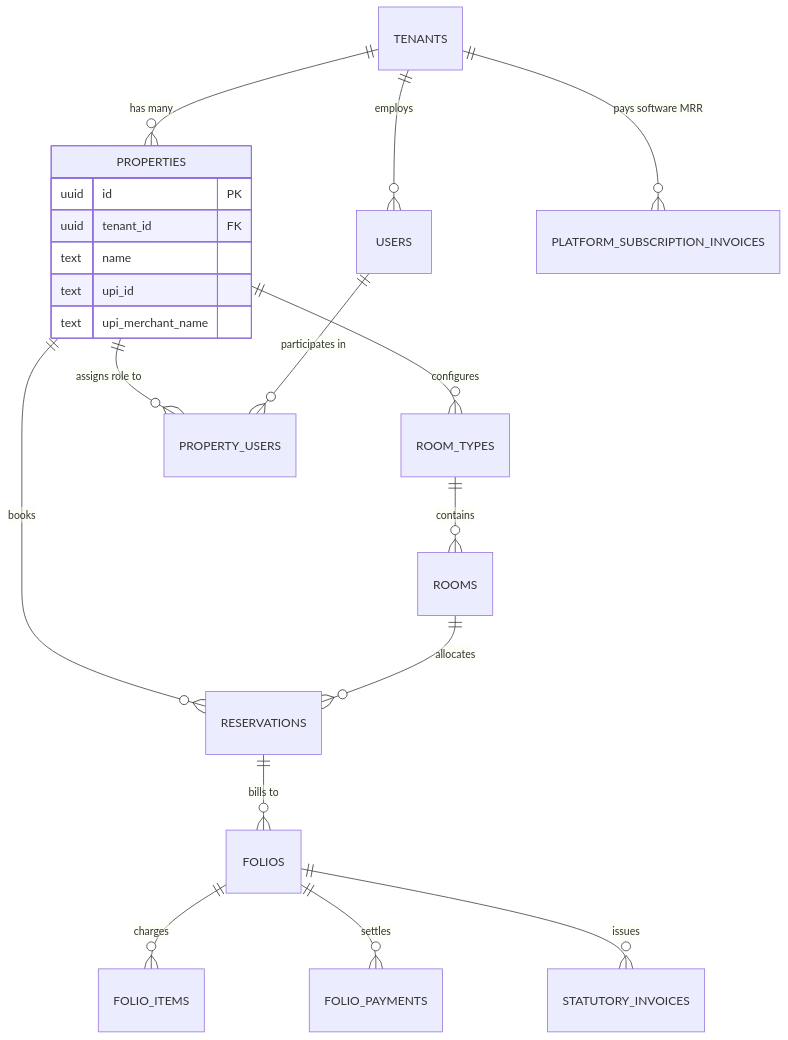
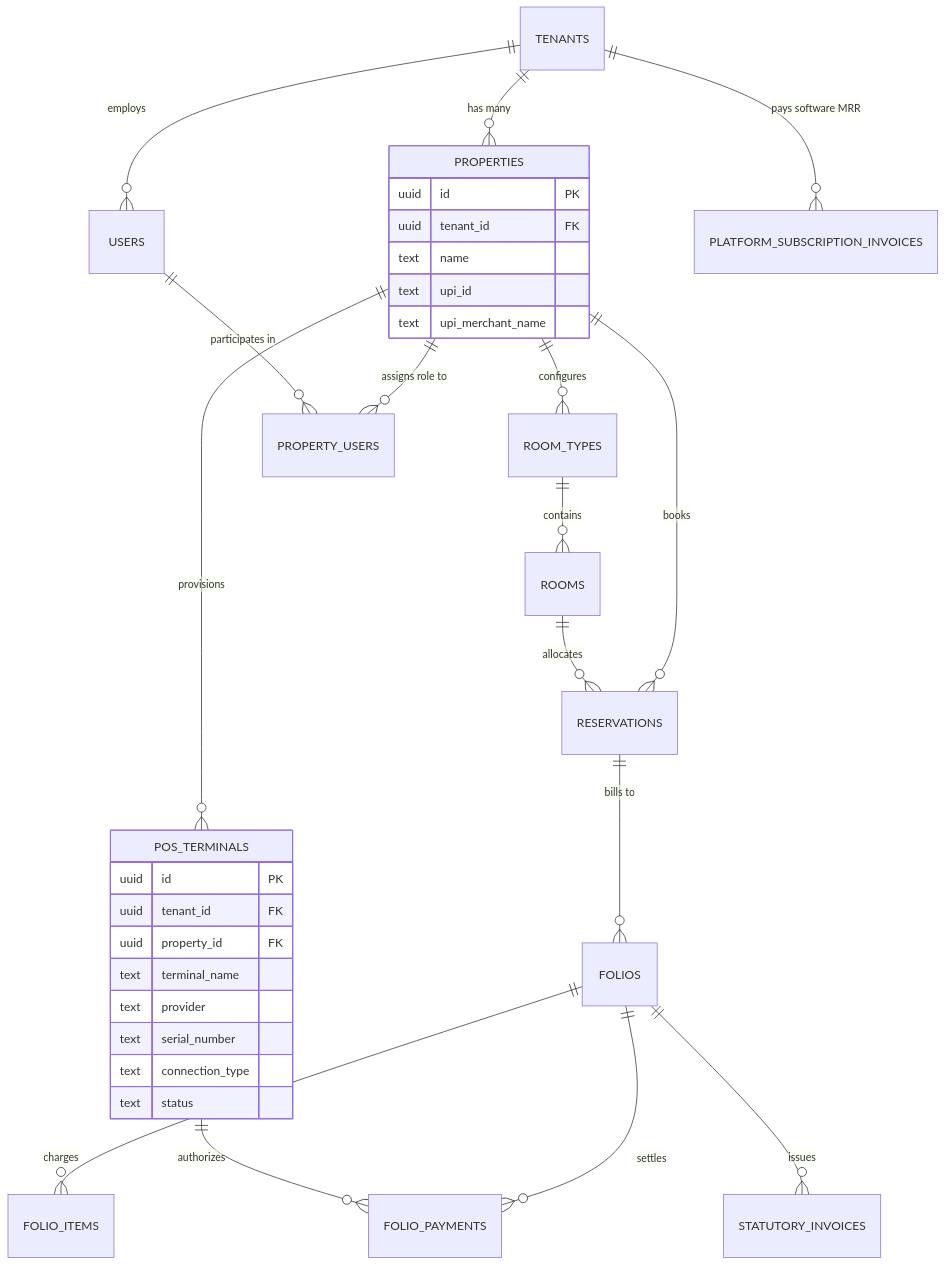
Before and after one commit to Saksham-Geek/hotel-management-erp: the diagram in docs/ARCHITECTURE.md, drawn with Mermaid. The commit also changed other lines of this file and 20 other files, not shown here.

````diff
--- a/docs/ARCHITECTURE.md
+++ b/docs/ARCHITECTURE.md
@@ -27,23 +28,35 @@
 ```mermaid
 erDiagram
     TENANTS ||--o{ PROPERTIES : "has many"
     TENANTS ||--o{ USERS : "employs"
     PROPERTIES ||--o{ ROOM_TYPES : "configures"
     ROOM_TYPES ||--o{ ROOMS : "contains"
     PROPERTIES ||--o{ PROPERTY_USERS : "assigns role to"
     USERS ||--o{ PROPERTY_USERS : "participates in"
     PROPERTIES ||--o{ RESERVATIONS : "books"
     ROOMS ||--o{ RESERVATIONS : "allocates"
     RESERVATIONS ||--o{ FOLIOS : "bills to"
     FOLIOS ||--o{ FOLIO_ITEMS : "charges"
     FOLIOS ||--o{ FOLIO_PAYMENTS : "settles"
     FOLIOS ||--o{ STATUTORY_INVOICES : "issues"
+    PROPERTIES ||--o{ POS_TERMINALS : "provisions"
+    POS_TERMINALS ||--o{ FOLIO_PAYMENTS : "authorizes"
     TENANTS ||--o{ PLATFORM_SUBSCRIPTION_INVOICES : "pays software MRR"
     PROPERTIES {
         uuid id PK
         uuid tenant_id FK
         text name
         text upi_id
         text upi_merchant_name
     }
+    POS_TERMINALS {
+        uuid id PK
+        uuid tenant_id FK
+        uuid property_id FK
+        text terminal_name
+        text provider
+        text serial_number
+        text connection_type
+        text status
+    }
 ```
````
